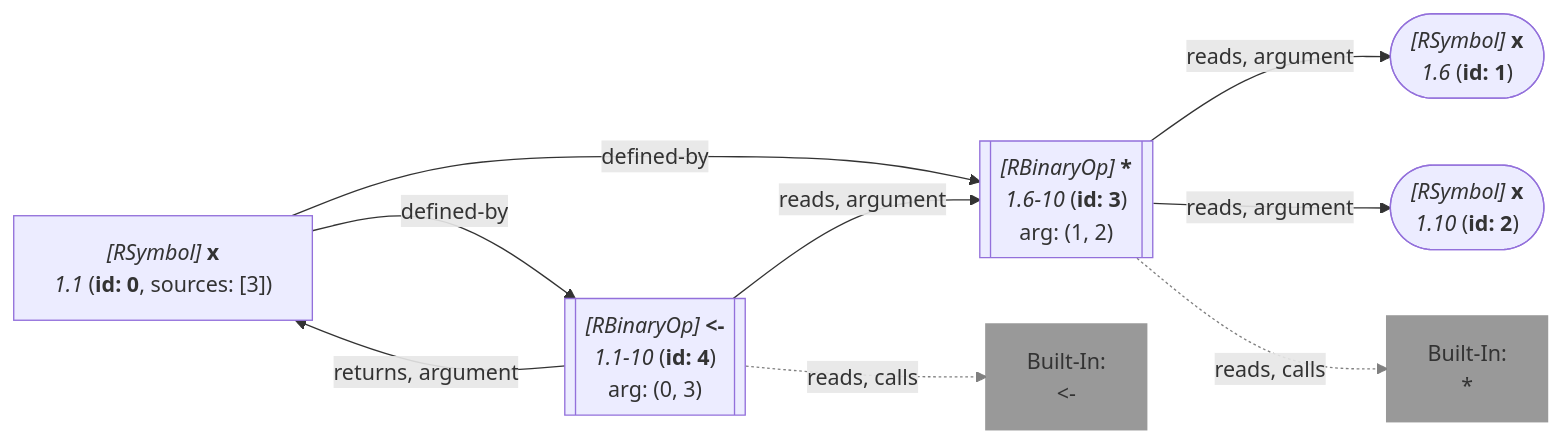
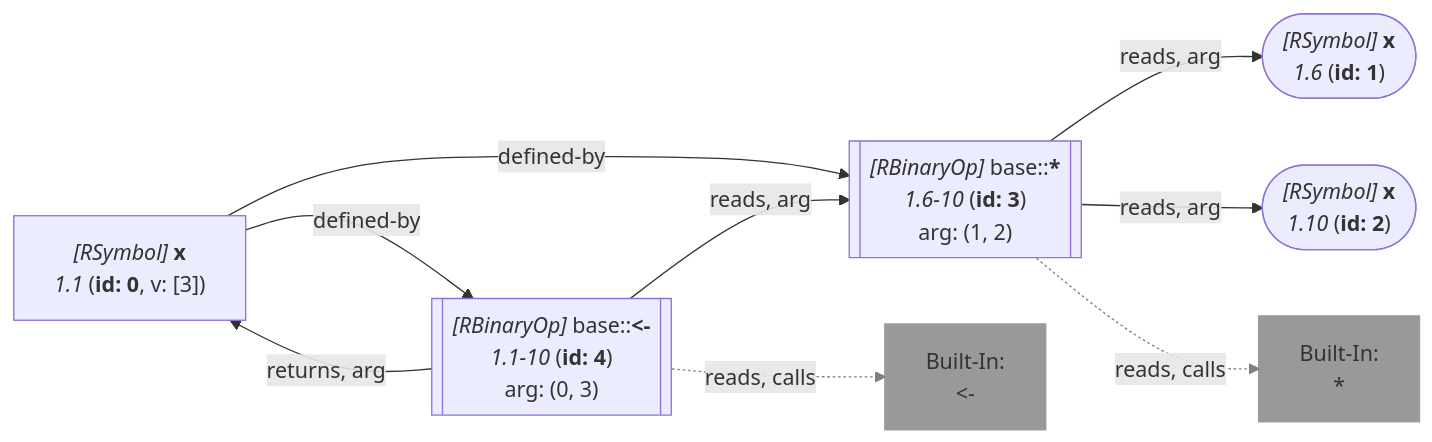
The second of 4 diagrams in wiki/Search API.md (flowr-analysis/flowr), drawn with Mermaid before and after one commit. The commit also changed other lines of this file and 135 other files, not shown here.

````diff
--- a/wiki/Search API.md
+++ b/wiki/Search API.md
@@ -72,33 +72,33 @@
 ```mermaid
 flowchart LR
     1(["`*#91;RSymbol#93;* **x**
       *1.6* (**id: 1**)`"])
    %% No edges found for 1
     2(["`*#91;RSymbol#93;* **x**
       *1.10* (**id: 2**)`"])
    %% No edges found for 2
-    3[["`*#91;RBinaryOp#93;* **#42;**
+    3[["`*#91;RBinaryOp#93;* base#58;#58;**#42;**
       *1.6-10* (**id: 3**)
     arg: (1, 2)`"]]
     built-in:_["`Built-In:
 #42;`"]
     style built-in:_ stroke:gray,fill:gray,stroke-width:2px,opacity:.8;
     0["`*#91;RSymbol#93;* **x**
-      *1.1* (**id: 0**, sources: [3])`"]
-    4[["`*#91;RBinaryOp#93;* **#60;#45;**
+      *1.1* (**id: 0**, v: [3])`"]
+    4[["`*#91;RBinaryOp#93;* base#58;#58;**#60;#45;**
       *1.1-10* (**id: 4**)
     arg: (0, 3)`"]]
     built-in:_-["`Built-In:
 #60;#45;`"]
     style built-in:_- stroke:gray,fill:gray,stroke-width:2px,opacity:.8;
-    3 -->|"reads, argument"| 1
-    3 -->|"reads, argument"| 2
+    3 -->|"reads, arg"| 1
+    3 -->|"reads, arg"| 2
     3 -.->|"reads, calls"| built-in:_
     linkStyle 2 stroke:gray;
     0 -->|"defined-by"| 3
     0 -->|"defined-by"| 4
-    4 -->|"reads, argument"| 3
-    4 -->|"returns, argument"| 0
+    4 -->|"reads, arg"| 3
+    4 -->|"returns, arg"| 0
     4 -.->|"reads, calls"| built-in:_-
     linkStyle 7 stroke:gray;
 ```
````
